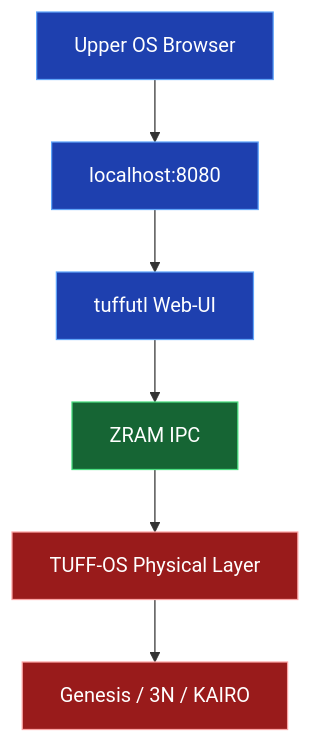
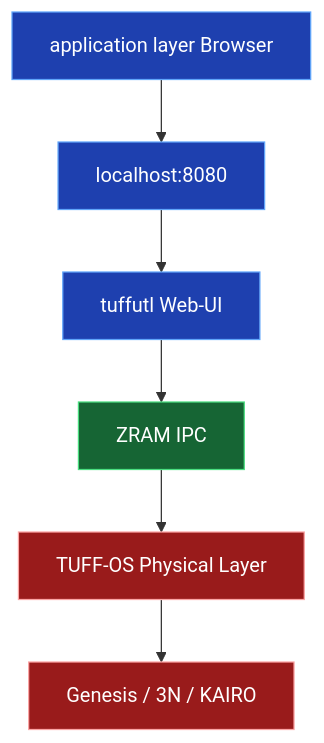
One commit to elementary-particles-Man/TUFF-OS-ISO changed the first of 2 diagrams in MANUALS/tuffutl_Web-UI_User_Reference.md. Above: the diagram before and after it, drawn with Mermaid. The commit also changed other lines of this file and 41 other files, not shown here.

Commit message:
DOCS: Comprehensive overhaul of manuals to reflect Pure Rust Bare-metal Sovereign Core and ZRAM architecture.

````diff
--- a/MANUALS/tuffutl_Web-UI_User_Reference.md
+++ b/MANUALS/tuffutl_Web-UI_User_Reference.md
@@ -16,16 +16,16 @@
 ```mermaid
 flowchart TD
-    A[Upper OS Browser] --> B[localhost:8080]
+    A[application layer Browser] --> B[localhost:8080]
     B --> C[tuffutl Web-UI]
     C --> D[ZRAM IPC]
     D --> E[TUFF-OS Physical Layer]
     E --> F[Genesis / 3N / KAIRO]
 
     classDef ui fill:#1e40af,stroke:#60a5fa,color:#fff
     classDef core fill:#166534,stroke:#4ade80,color:#fff
     classDef phys fill:#991b1b,stroke:#fca5a5,color:#fff
 
     class A,B,C ui
     class D core
     class E,F phys
 ```
````
